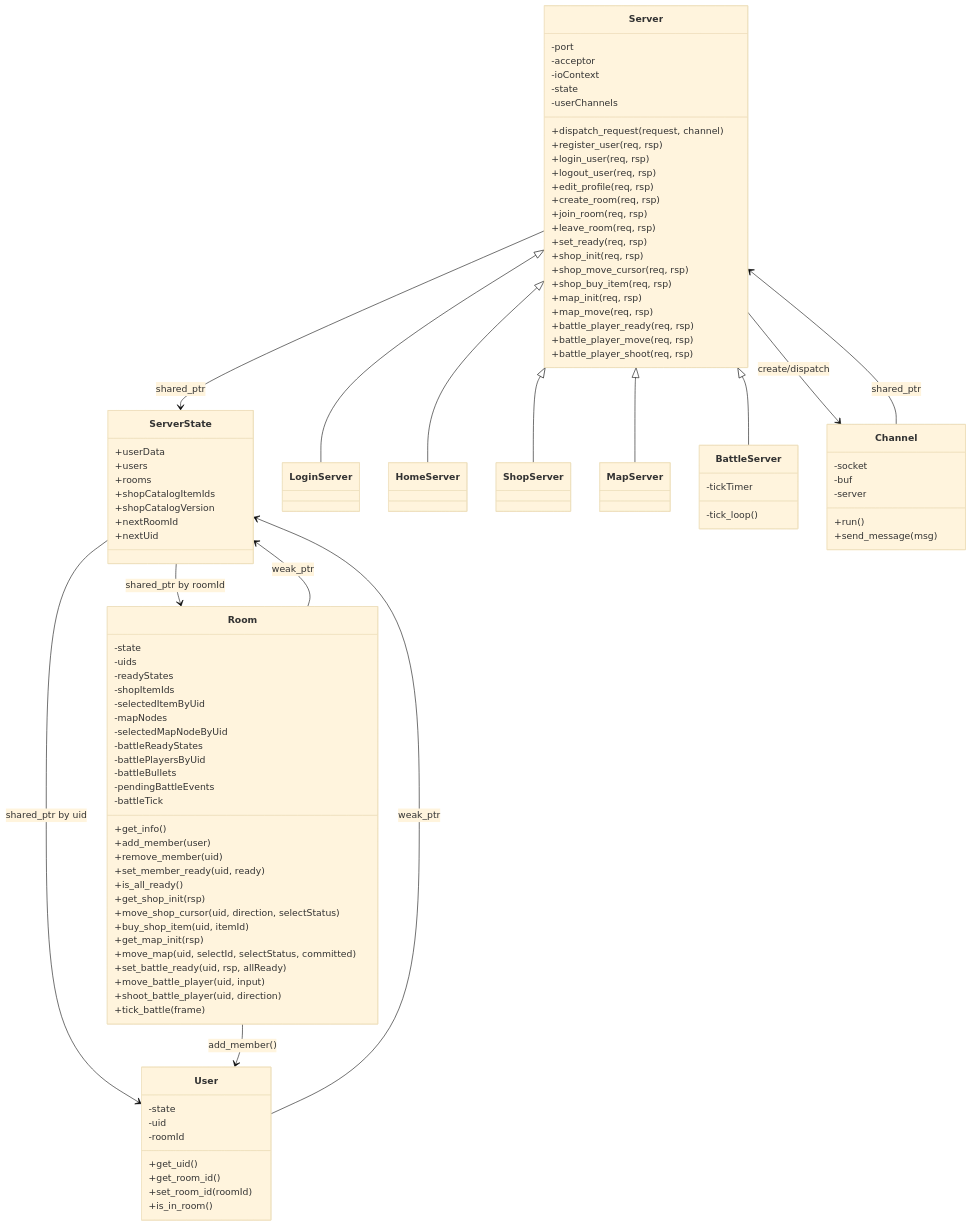
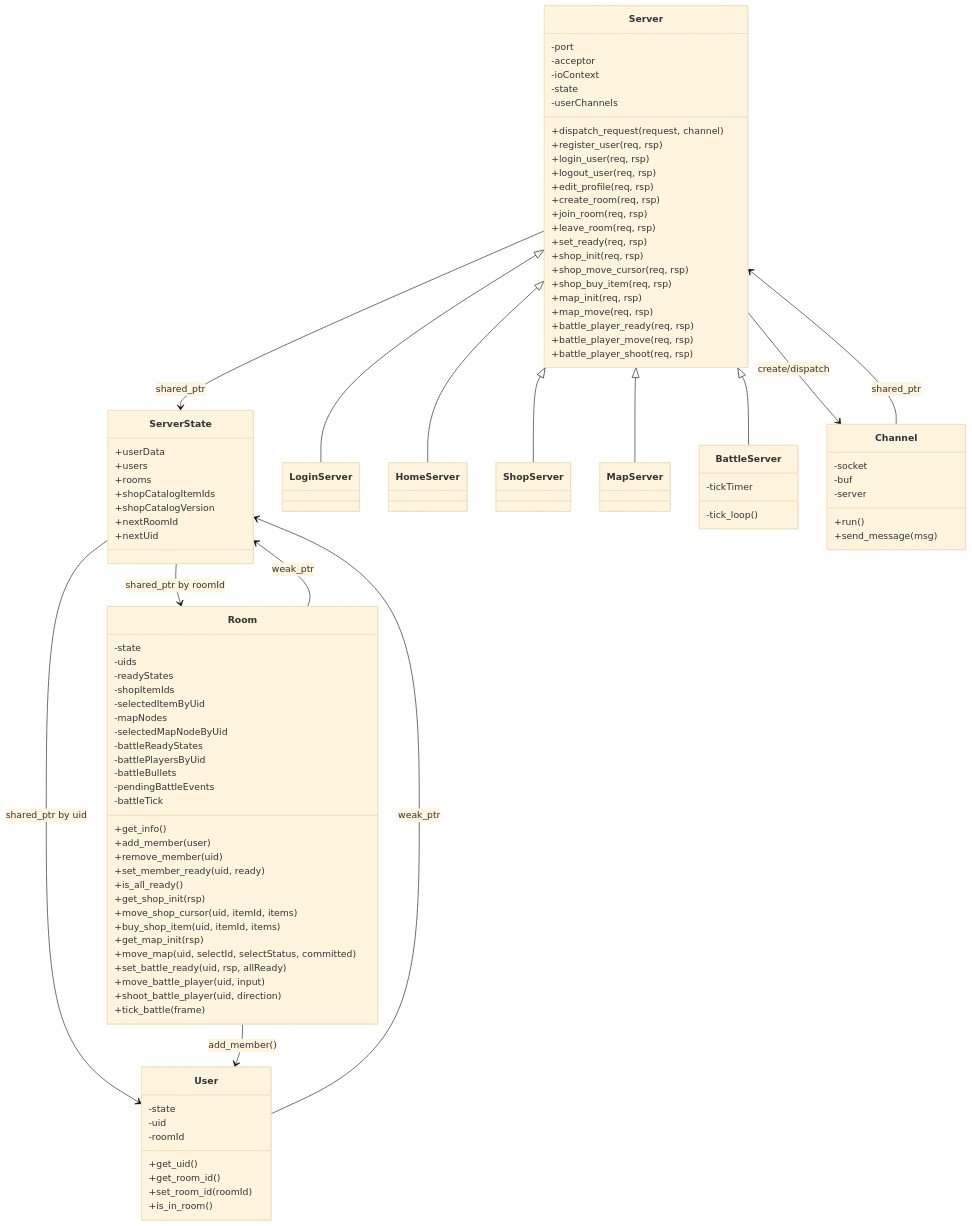
The diagram in docs/ARCHITECTURE.md (zaragoza-xu/server), drawn with Mermaid (base theme) before and after one commit. The commit also changed other lines of this file and 4 other files, not shown here.

```diff
--- a/docs/ARCHITECTURE.md
+++ b/docs/ARCHITECTURE.md
@@ -102,8 +102,8 @@
         +set_member_ready(uid, ready)
         +is_all_ready()
         +get_shop_init(rsp)
-        +move_shop_cursor(uid, direction, selectStatus)
-        +buy_shop_item(uid, itemId)
+        +move_shop_cursor(uid, itemId, items)
+        +buy_shop_item(uid, itemId, items)
         +get_map_init(rsp)
         +move_map(uid, selectId, selectStatus, committed)
         +set_battle_ready(uid, rsp, allReady)
```
